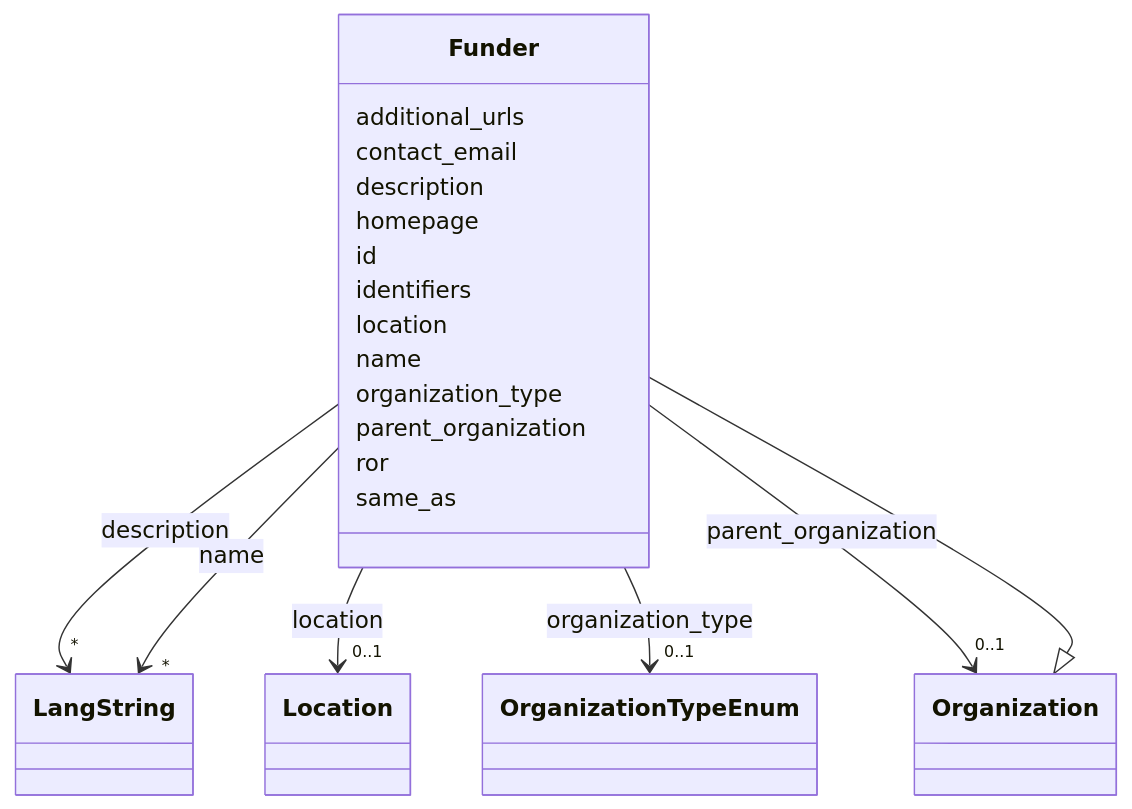
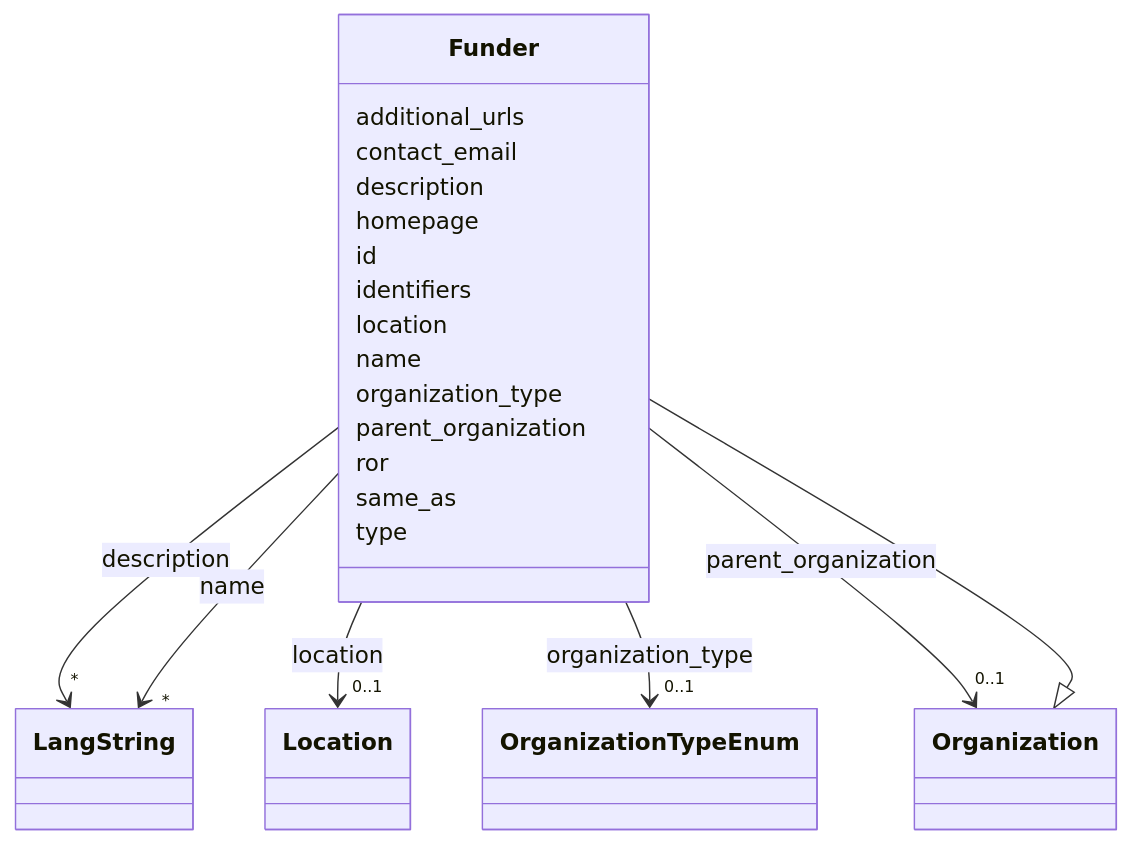
The diagram in docs/classes/Funder.md (DARIAH-IL/idhi-manifests), drawn with Mermaid before and after one commit. The commit also changed other lines of this file and 26 other files, not shown here.

````diff
--- a/docs/classes/Funder.md
+++ b/docs/classes/Funder.md
@@ -23,78 +23,80 @@
 ```mermaid
  classDiagram
     class Funder
     click Funder href "../../classes/Funder/"
       Organization <|-- Funder
         click Organization href "../../classes/Organization/"
       
       Funder : additional_urls
         
       Funder : contact_email
         
       Funder : description
         
           
     
         
         
         Funder --> "*" LangString : description
         click LangString href "../../classes/LangString/"
     
 
         
       Funder : homepage
         
       Funder : id
         
       Funder : identifiers
         
       Funder : location
         
           
     
         
         
         Funder --> "0..1" Location : location
         click Location href "../../classes/Location/"
     
 
         
       Funder : name
         
           
     
         
         
         Funder --> "*" LangString : name
         click LangString href "../../classes/LangString/"
     
 
         
       Funder : organization_type
         
           
     
         
         
         Funder --> "0..1" OrganizationTypeEnum : organization_type
         click OrganizationTypeEnum href "../../enums/OrganizationTypeEnum/"
     
 
         
       Funder : parent_organization
         
           
     
         
         
         Funder --> "0..1" Organization : parent_organization
         click Organization href "../../classes/Organization/"
     
 
         
       Funder : ror
         
       Funder : same_as
         
+      Funder : type
+        
       
 ```
````
